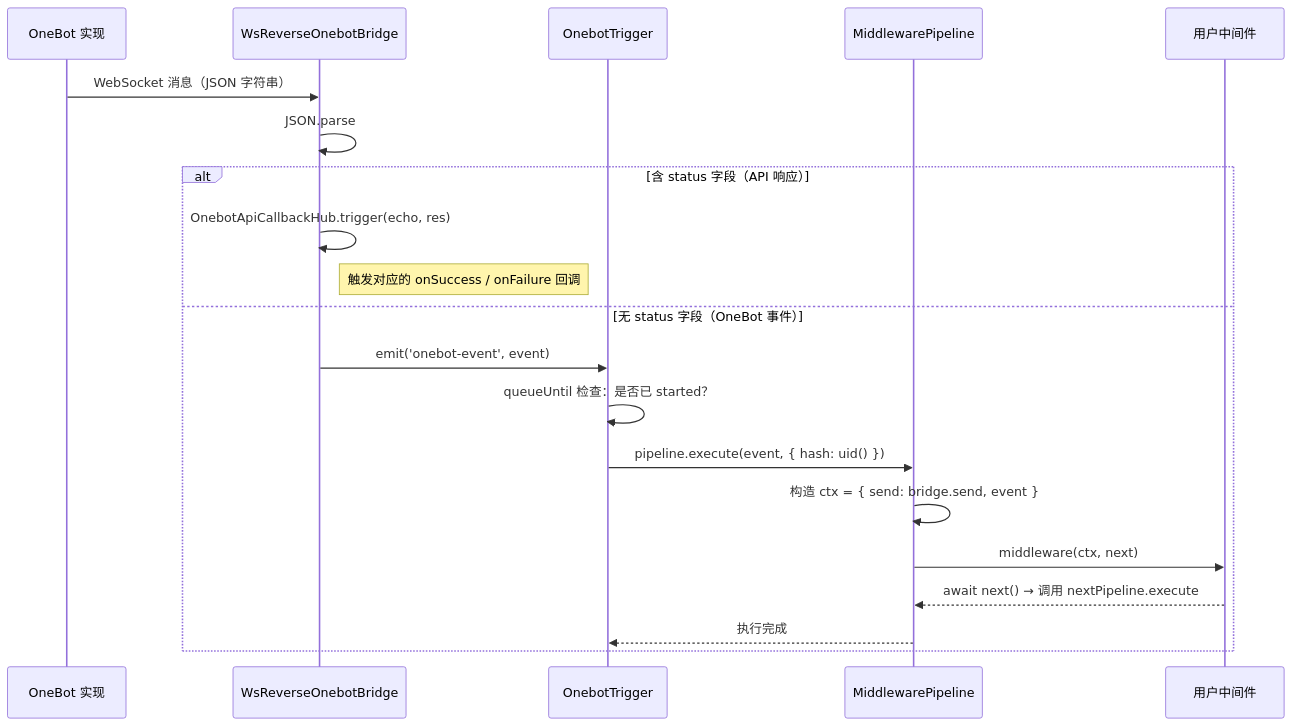
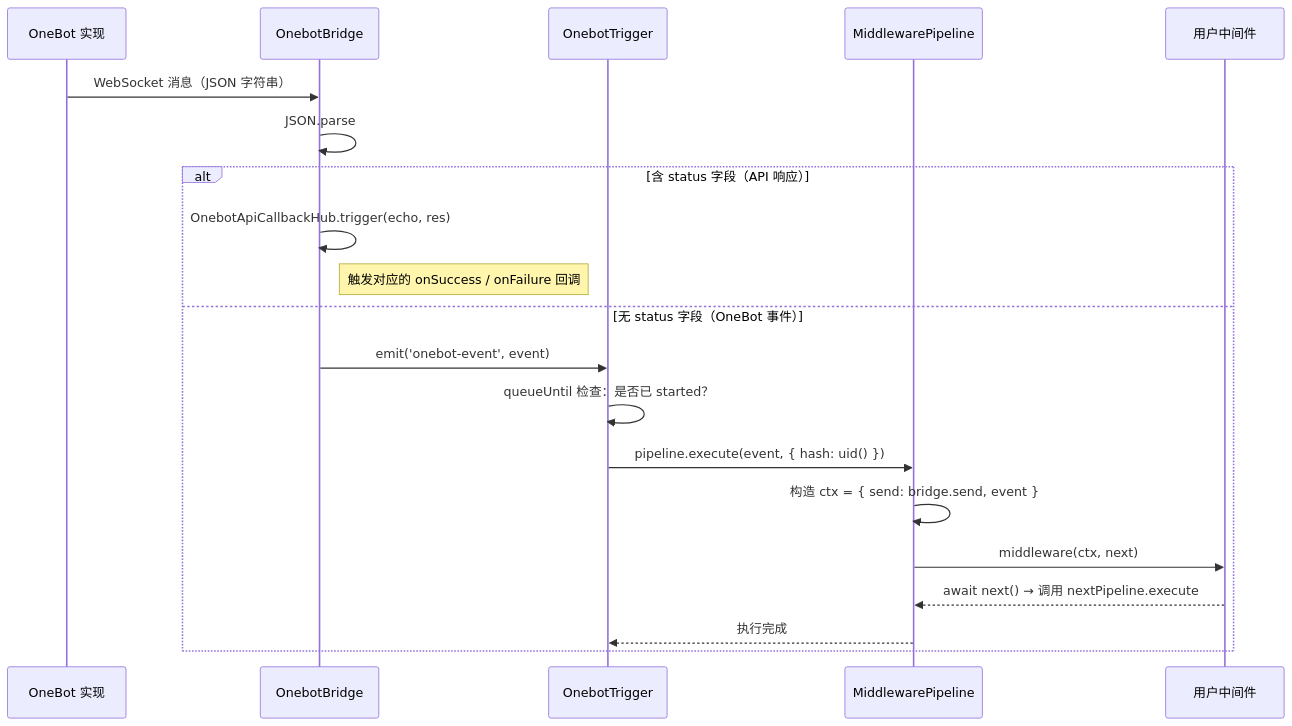
One commit to HomeArchbishop/aurorax changed the first of 4 diagrams in docs/dev/data-flow.md. Above: the diagram before and after it, drawn with Mermaid. The commit also changed other lines of this file and 16 other files, not shown here.

Commit message:
feat(onebot): support both 'ws' and 'ws-reverse' connection types; update documentation and examples accordingly

````diff
--- a/docs/dev/data-flow.md
+++ b/docs/dev/data-flow.md
@@ -5,23 +5,23 @@
 ```mermaid
 sequenceDiagram
     participant OB as OneBot 实现
-    participant Bridge as WsReverseOnebotBridge
+    participant Bridge as OnebotBridge
     participant OT as OnebotTrigger
     participant MP as MiddlewarePipeline
     participant User as 用户中间件
 
     OB->>Bridge: WebSocket 消息（JSON 字符串）
     Bridge->>Bridge: JSON.parse
     alt 含 status 字段（API 响应）
         Bridge->>Bridge: OnebotApiCallbackHub.trigger(echo, res)
         Note right of Bridge: 触发对应的 onSuccess / onFailure 回调
     else 无 status 字段（OneBot 事件）
         Bridge->>OT: emit('onebot-event', event)
         OT->>OT: queueUntil 检查：是否已 started？
         OT->>MP: pipeline.execute(event, { hash: uid() })
         MP->>MP: 构造 ctx = { send: bridge.send, event }
         MP->>User: middleware(ctx, next)
         User-->>MP: await next() → 调用 nextPipeline.execute
         MP-->>OT: 执行完成
     end
 ```
````
